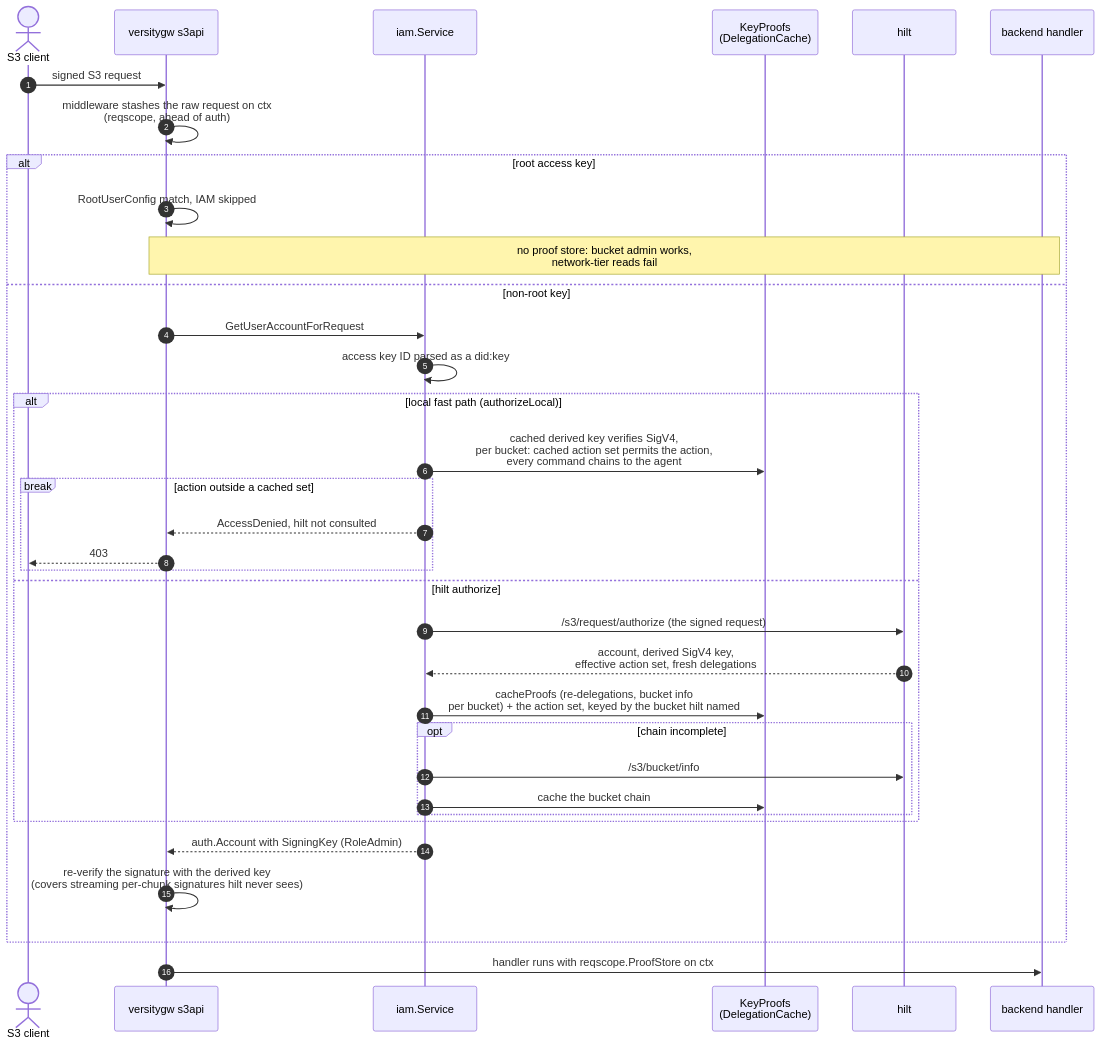
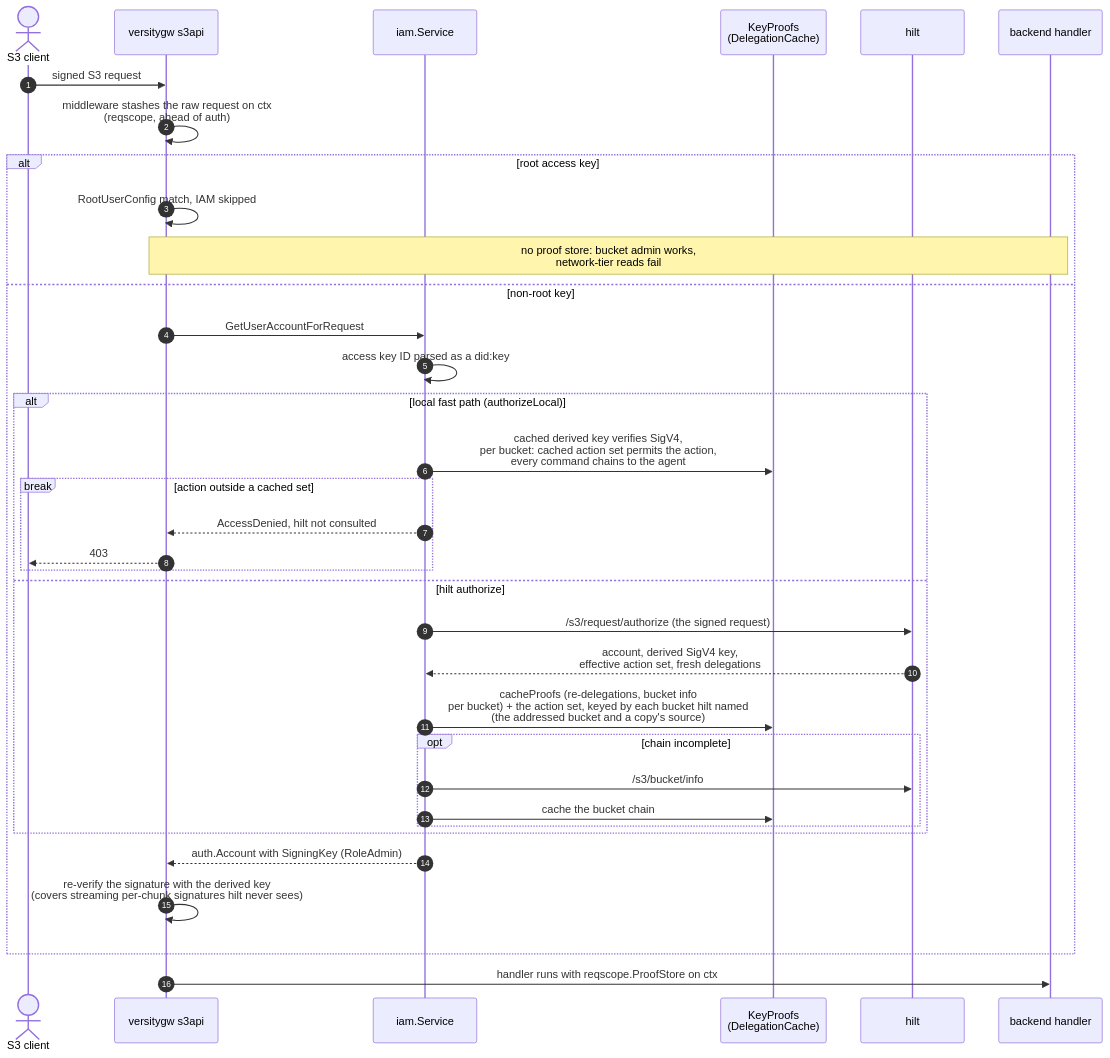
Before and after one commit to fil-forge/ingot: diagram 12 of 14 in docs/diagrams.md, drawn with Mermaid. The commit also changed 7 other files, not shown here.

````diff
--- a/docs/diagrams.md
+++ b/docs/diagrams.md
@@ -713,38 +713,38 @@
 ```mermaid
 sequenceDiagram
     autonumber
     actor C as S3 client
     participant G as versitygw s3api
     participant I as iam.Service
     participant K as KeyProofs<br/>(DelegationCache)
     participant H as hilt
     participant B as backend handler
 
     C->>G: signed S3 request
     G->>G: middleware stashes the raw request on ctx<br/>(reqscope, ahead of auth)
     alt root access key
         G->>G: RootUserConfig match, IAM skipped
         Note over G,B: no proof store: bucket admin works,<br/>network-tier reads fail
     else non-root key
         G->>I: GetUserAccountForRequest
         I->>I: access key ID parsed as a did:key
         alt local fast path (authorizeLocal)
             I->>K: cached derived key verifies SigV4,<br/>per bucket: cached action set permits the action,<br/>every command chains to the agent
             break action outside a cached set
                 I-->>G: AccessDenied, hilt not consulted
                 G-->>C: 403
             end
         else hilt authorize
             I->>H: /s3/request/authorize (the signed request)
             H-->>I: account, derived SigV4 key,<br/>effective action set, fresh delegations
-            I->>K: cacheProofs (re-delegations, bucket info<br/>per bucket) + the action set, keyed by the bucket hilt named
+            I->>K: cacheProofs (re-delegations, bucket info<br/>per bucket) + the action set, keyed by each bucket hilt named<br/>(the addressed bucket and a copy's source)
             opt chain incomplete
                 I->>H: /s3/bucket/info
                 I->>K: cache the bucket chain
             end
         end
         I-->>G: auth.Account with SigningKey (RoleAdmin)
         G->>G: re-verify the signature with the derived key<br/>(covers streaming per-chunk signatures hilt never sees)
     end
     G->>B: handler runs with reqscope.ProofStore on ctx
 ```
````
